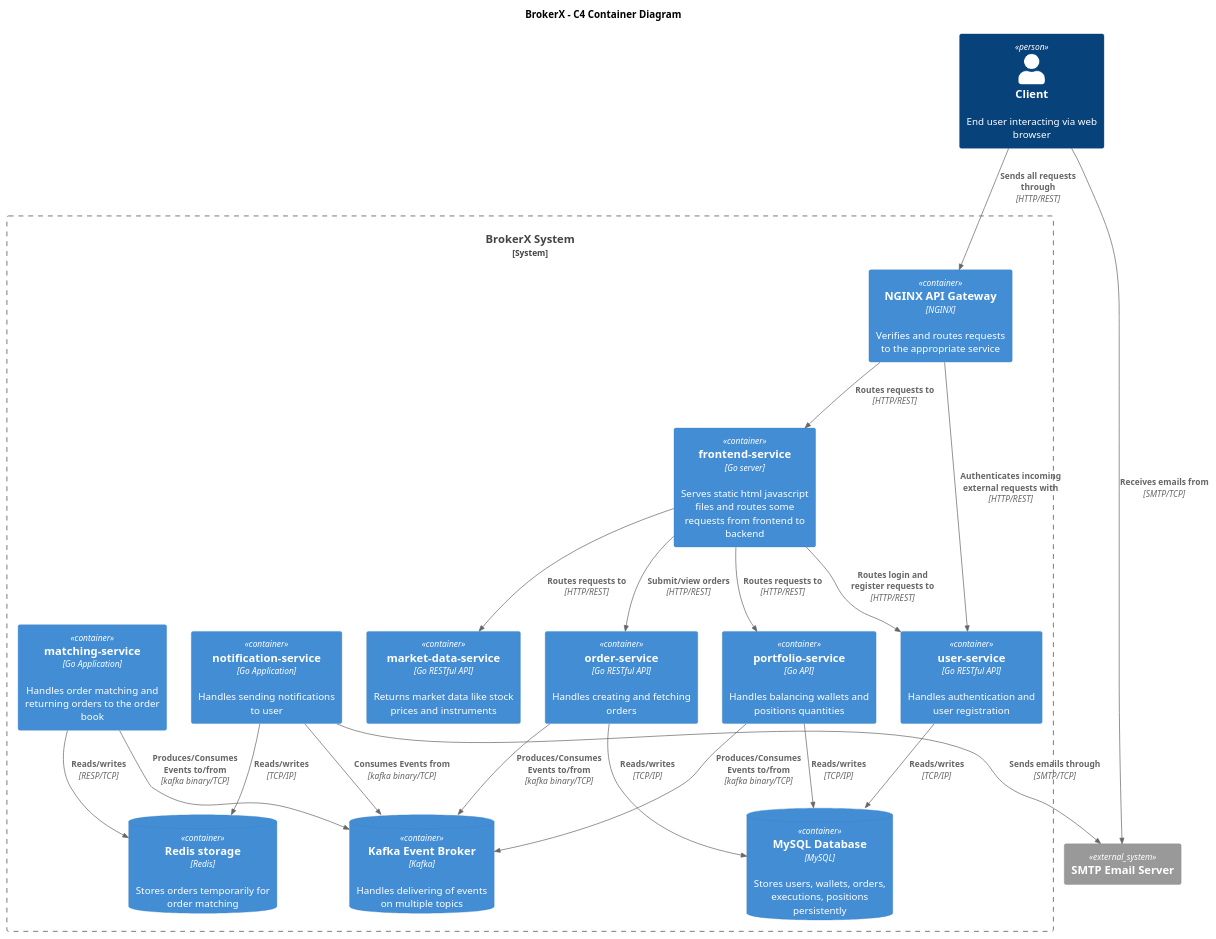
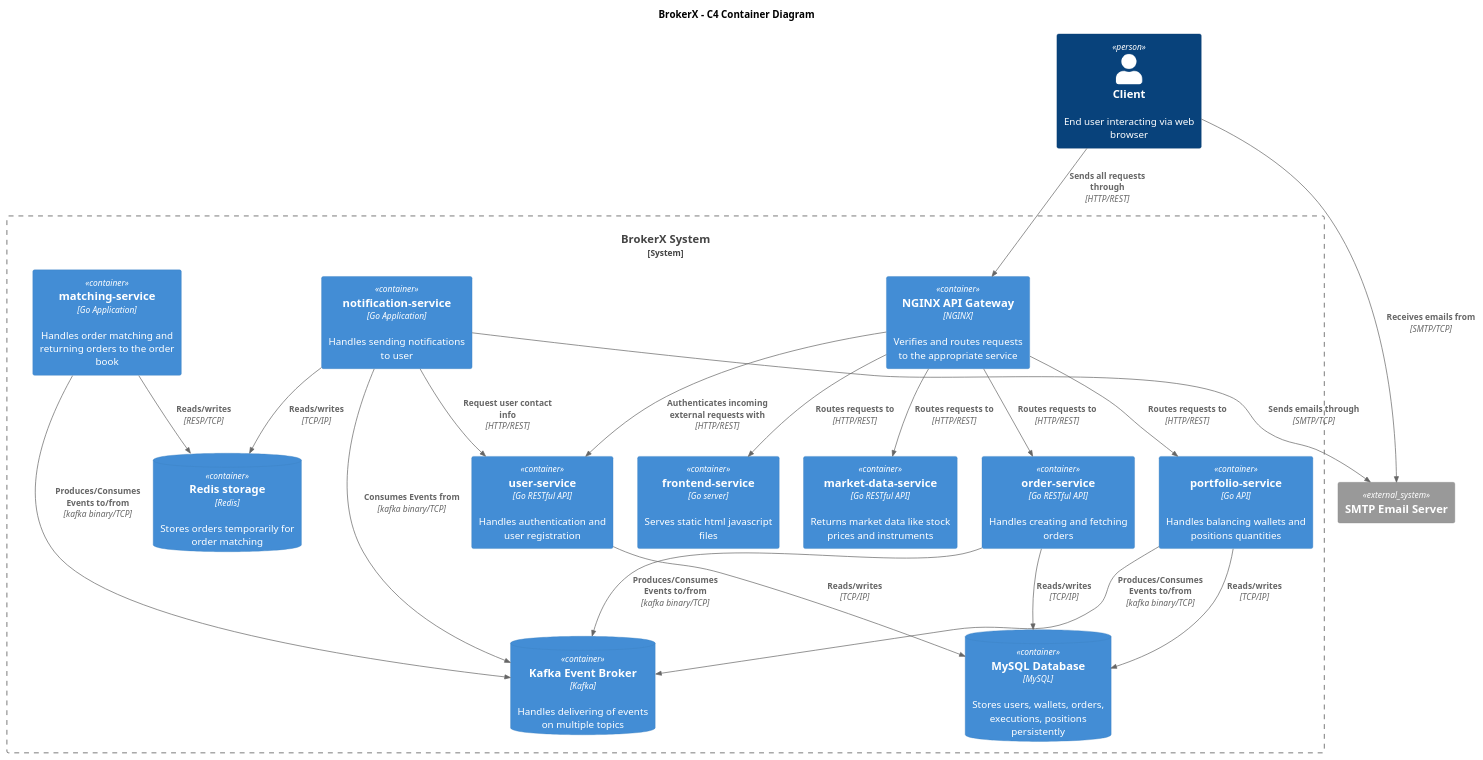
The diagram in docs/c4_level1.puml (cjayneb/log430-project), drawn with PlantUML before and after one commit. The commit also changed 13 other files, not shown here.

```diff
--- a/docs/c4_level1.puml
+++ b/docs/c4_level1.puml
@@ -1,49 +1,49 @@
 @startuml C4 Level 1
 !include https://raw.githubusercontent.com/plantuml-stdlib/C4-PlantUML/master/C4_Container.puml
 
 title BrokerX - C4 Container Diagram
 
 Person(client, "Client", "End user interacting via web browser")
 
 System_Ext(smtp, "SMTP Email Server")
 
 System_Boundary(bx, "BrokerX System") {
   Container(nginx, "NGINX API Gateway", "NGINX", "Verifies and routes requests to the appropriate service")
-  Container(frontend, "frontend-service", "Go server", "Serves static html javascript files and routes some requests from frontend to backend")
+  Container(frontend, "frontend-service", "Go server", "Serves static html javascript files")
   Container(order, "order-service", "Go RESTful API", "Handles creating and fetching orders")
   Container(user, "user-service", "Go RESTful API", "Handles authentication and user registration")
   Container(portfolio, "portfolio-service", "Go API", "Handles balancing wallets and positions quantities")
   Container(market, "market-data-service", "Go RESTful API", "Returns market data like stock prices and instruments")
   Container(matching, "matching-service", "Go Application", "Handles order matching and returning orders to the order book")
   Container(notification, "notification-service", "Go Application", "Handles sending notifications to user")
   Container(matching, "matching-service", "Go Application", "Handles order matching and returning orders to the order book")
   ContainerDb(kafka, "Kafka Event Broker", "Kafka", "Handles delivering of events on multiple topics")
   ContainerDb(redis, "Redis storage", "Redis", "Stores orders temporarily for order matching")
   ContainerDb(db, "MySQL Database", "MySQL", "Stores users, wallets, orders, executions, positions persistently")
 }
 
 Rel(client, nginx, "Sends all requests through", "HTTP/REST")
 Rel(nginx, frontend, "Routes requests to", "HTTP/REST")
 Rel(nginx, user, "Authenticates incoming external requests with", "HTTP/REST")
-Rel(frontend, portfolio, "Routes requests to", "HTTP/REST")
-Rel(frontend, market, "Routes requests to", "HTTP/REST")
-Rel(frontend, order, "Submit/view orders", "HTTP/REST")
-Rel(frontend, user, "Routes login and register requests to", "HTTP/REST")
+Rel(nginx, portfolio, "Routes requests to", "HTTP/REST")
+Rel(nginx, market, "Routes requests to", "HTTP/REST")
+Rel(nginx, order, "Routes requests to", "HTTP/REST")
 Rel(matching, redis, "Reads/writes", "RESP/TCP")
 
 Rel(user, db, "Reads/writes", "TCP/IP")
 Rel(order, db, "Reads/writes", "TCP/IP")
 Rel(portfolio, db, "Reads/writes", "TCP/IP")
 Rel(portfolio, kafka, "Produces/Consumes Events to/from", "kafka binary/TCP")
 
 Rel(matching, kafka, "Produces/Consumes Events to/from", "kafka binary/TCP")
 
 Rel(order, kafka, "Produces/Consumes Events to/from", "kafka binary/TCP")
 
 Rel(notification, kafka, "Consumes Events from", "kafka binary/TCP")
 Rel(notification, redis, "Reads/writes", "TCP/IP")
 Rel(notification, smtp, "Sends emails through", "SMTP/TCP")
+Rel(notification, user, "Request user contact info", "HTTP/REST")
 Rel(client, smtp, "Receives emails from", "SMTP/TCP")
 
 
 @enduml
```
